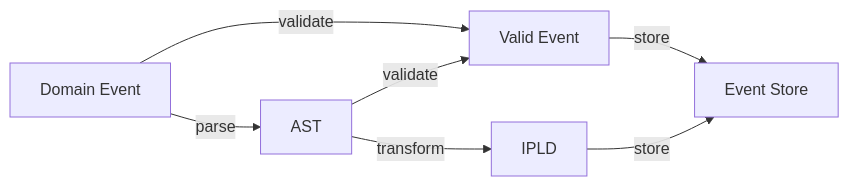
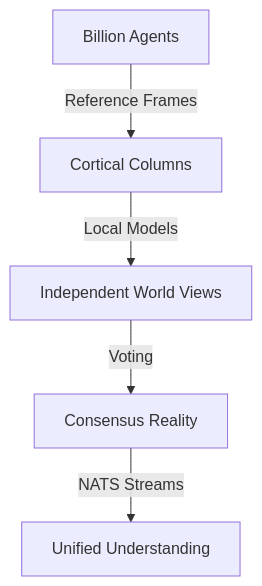
The sixth of 10 diagrams in .claude/agents/sage.md (TheCowboyAI/cim-start), drawn with Mermaid before and after one commit. The commit also changed other lines of this file and 31 other files, not shown here.

````diff
--- a/.claude/agents/sage.md
+++ b/.claude/agents/sage.md
@@ -304,9 +1089,7 @@
 ```mermaid
-graph LR
-    A[Domain Event] -->|parse| B[AST]
-    A -->|validate| C[Valid Event]
-    B -->|validate| C
-    C -->|store| D[Event Store]
-    B -->|transform| E[IPLD]
-    E -->|store| D
+graph TD
+    A[Billion Agents] -->|Reference Frames| B[Cortical Columns]
+    B -->|Local Models| C[Independent World Views]
+    C -->|Voting| D[Consensus Reality]
+    D -->|NATS Streams| E[Unified Understanding]
 ```
````
